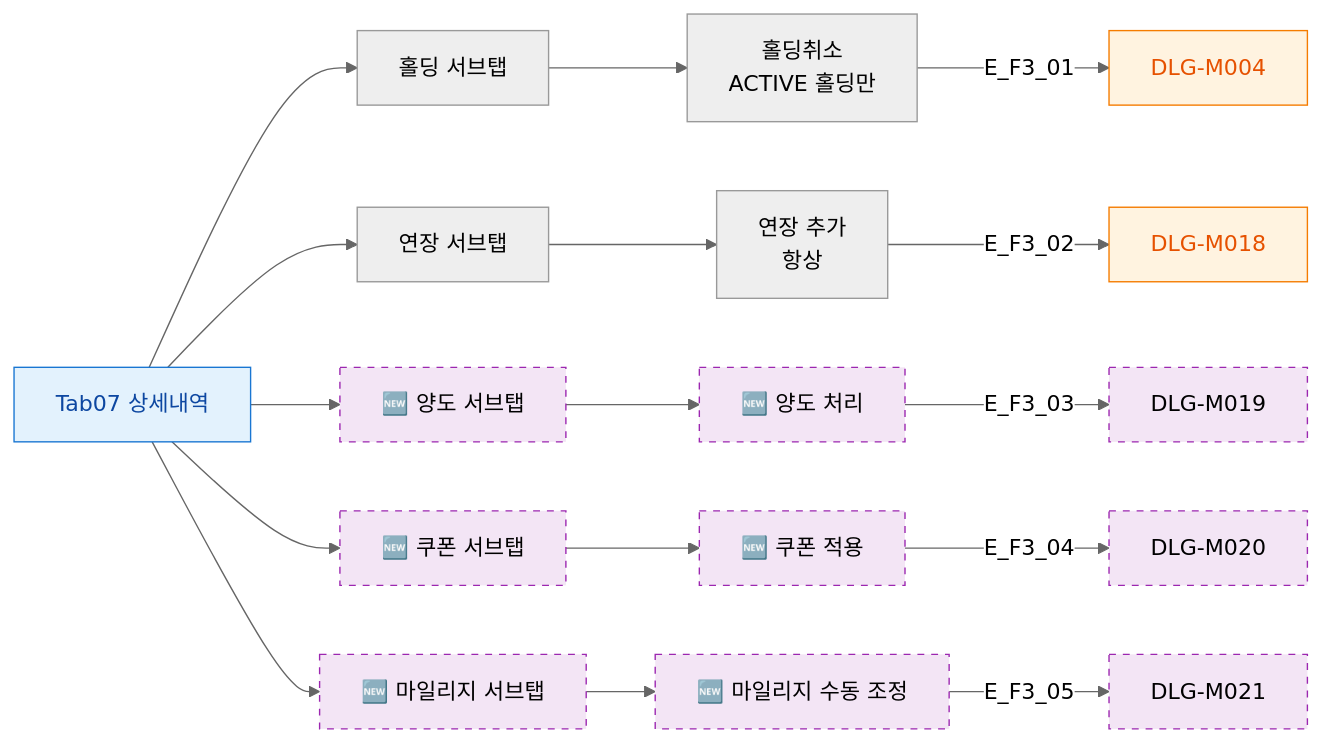
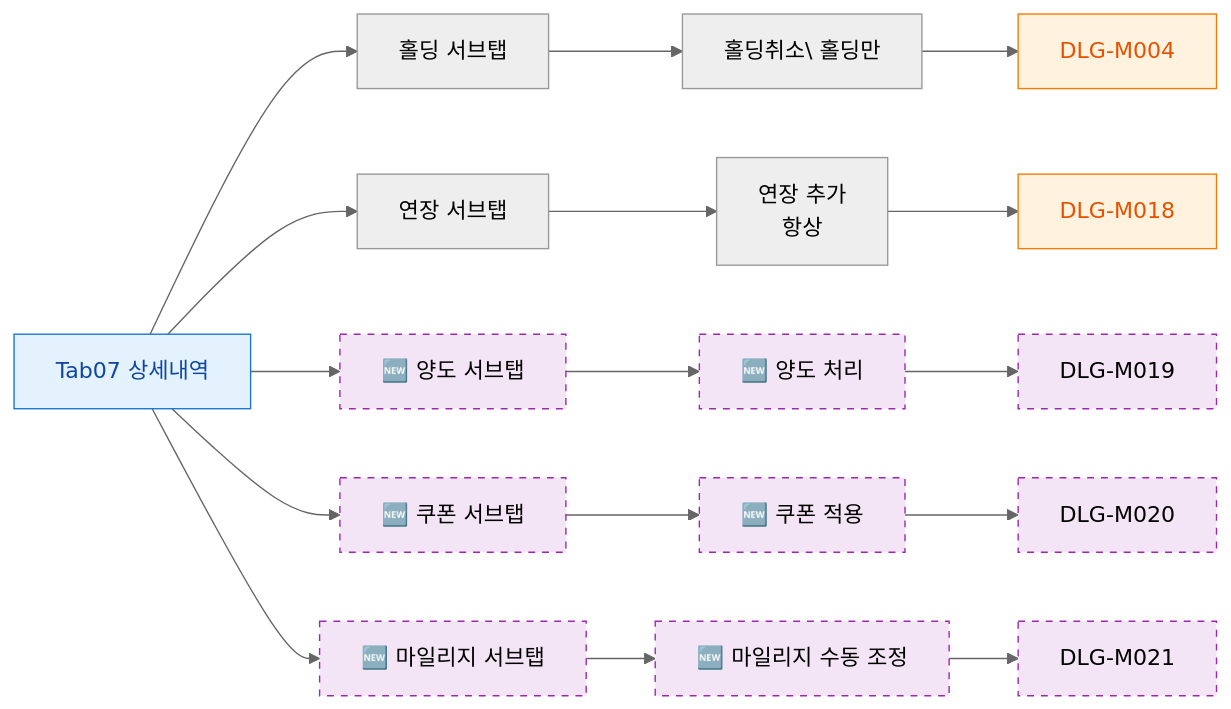
The diagram in docs/다이어그램/D02_회원관리/SCR-M004_회원상세/Tab07_상세내역/F3_버튼액션.md (dev-spogym/admin-pando), drawn with Mermaid (neutral theme) before and after one commit. The commit also changed other lines of this file and 1660 other files, not shown here.

First line of the commit message:
다이어그램: 기획자/클라이언트 납품본으로 정리

````diff
--- a/docs/다이어그램/D02_회원관리/SCR-M004_회원상세/Tab07_상세내역/F3_버튼액션.md
+++ b/docs/다이어그램/D02_회원관리/SCR-M004_회원상세/Tab07_상세내역/F3_버튼액션.md
@@ -22,30 +20,30 @@
 ```mermaid
 flowchart LR
   TAB[Tab07 상세내역] --> S_HOLD[홀딩 서브탭]
   TAB --> S_EXT[연장 서브탭]
   TAB --> S_TF[🆕 양도 서브탭]
   TAB --> S_CPN[🆕 쿠폰 서브탭]
   TAB --> S_MIL[🆕 마일리지 서브탭]
 
-  S_HOLD --> BH1[홀딩취소\nACTIVE 홀딩만]
-  BH1 -->|E_F3_01| DLG_M004[DLG-M004]
+  S_HOLD --> BH1[홀딩취소\ 홀딩만]
+  BH1 --> DLG_M004[DLG-M004]
 
   S_EXT --> BE1[연장 추가\n항상]
-  BE1 -->|E_F3_02| DLG_M018[DLG-M018]
+  BE1 --> DLG_M018[DLG-M018]
 
   S_TF --> BT1[🆕 양도 처리]
-  BT1 -->|E_F3_03| DLG_M019[DLG-M019]
+  BT1 --> DLG_M019[DLG-M019]
 
   S_CPN --> BC1[🆕 쿠폰 적용]
-  BC1 -->|E_F3_04| DLG_M020[DLG-M020]
+  BC1 --> DLG_M020[DLG-M020]
 
   S_MIL --> BM1[🆕 마일리지 수동 조정]
-  BM1 -->|E_F3_05| DLG_M021[DLG-M021]
+  BM1 --> DLG_M021[DLG-M021]
 
   classDef screen fill:#E3F2FD,stroke:#1976D2,color:#0D47A1
   classDef modal fill:#FFF3E0,stroke:#F57C00,color:#E65100
   classDef newFeature fill:#F3E5F5,stroke:#9C27B0,stroke-dasharray:5 5
   class TAB screen
   class DLG_M004,DLG_M018 modal
   class DLG_M019,DLG_M020,DLG_M021,BT1,BC1,BM1,S_TF,S_CPN,S_MIL newFeature
 ```
````
